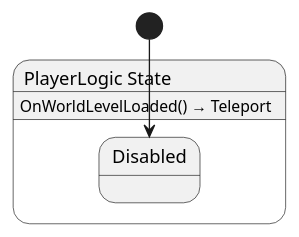
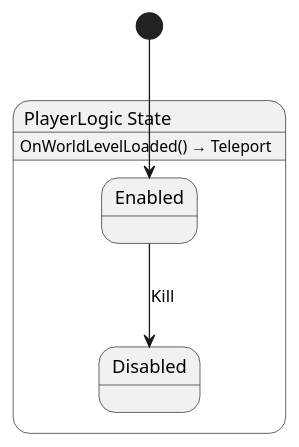
The diagram in Yolk.Logic/Player/PlayerLogic.g.puml (nilsiker/yolk), drawn with PlantUML before and after one commit. The commit also changed 36 other files, not shown here.

```diff
--- a/Yolk.Logic/Player/PlayerLogic.g.puml
+++ b/Yolk.Logic/Player/PlayerLogic.g.puml
@@ -1,8 +1,12 @@
 @startuml PlayerLogic
 state "PlayerLogic State" as Yolk_Logic_Player_PlayerLogic_State {
   state "Disabled" as Yolk_Logic_Player_PlayerLogic_State_Disabled
+  state "Enabled" as Yolk_Logic_Player_PlayerLogic_State_Enabled
 }
+
+Yolk_Logic_Player_PlayerLogic_State_Enabled --> Yolk_Logic_Player_PlayerLogic_State_Disabled : Kill
+
 Yolk_Logic_Player_PlayerLogic_State : OnWorldLevelLoaded() → Teleport
 
-[*] --> Yolk_Logic_Player_PlayerLogic_State_Disabled
+[*] --> Yolk_Logic_Player_PlayerLogic_State_Enabled
 @enduml
```
